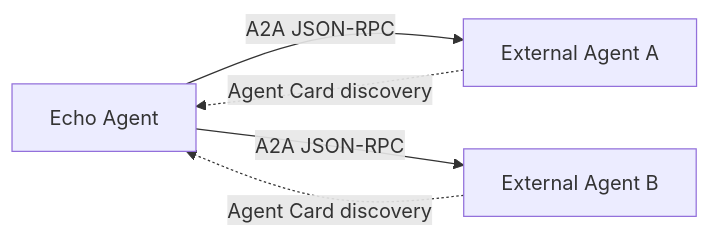
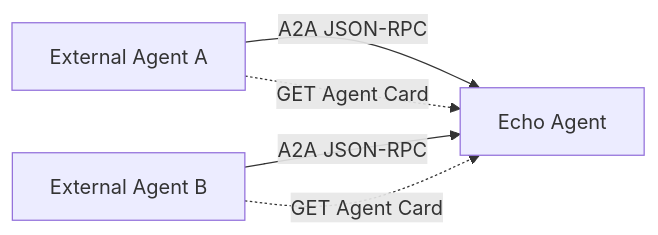
One commit to fuyuxiang/echo-agent changed the third of 3 diagrams in docs/concepts/multi-agent.en.md. Above: the diagram before and after it, drawn with Mermaid. The commit also changed other lines of this file and 194 other files, not shown here.

````diff
--- a/docs/concepts/multi-agent.en.md
+++ b/docs/concepts/multi-agent.en.md
@@ -114,7 +115,7 @@
 ```mermaid
 flowchart LR
-    EA[Echo Agent] -->|A2A JSON-RPC| EXT1[External Agent A]
-    EA -->|A2A JSON-RPC| EXT2[External Agent B]
-    EXT1 -.->|Agent Card discovery| EA
-    EXT2 -.->|Agent Card discovery| EA
+    EXT1[External Agent A] -->|A2A JSON-RPC| EA[Echo Agent]
+    EXT2[External Agent B] -->|A2A JSON-RPC| EA
+    EXT1 -.->|GET Agent Card| EA
+    EXT2 -.->|GET Agent Card| EA
 ```
````
